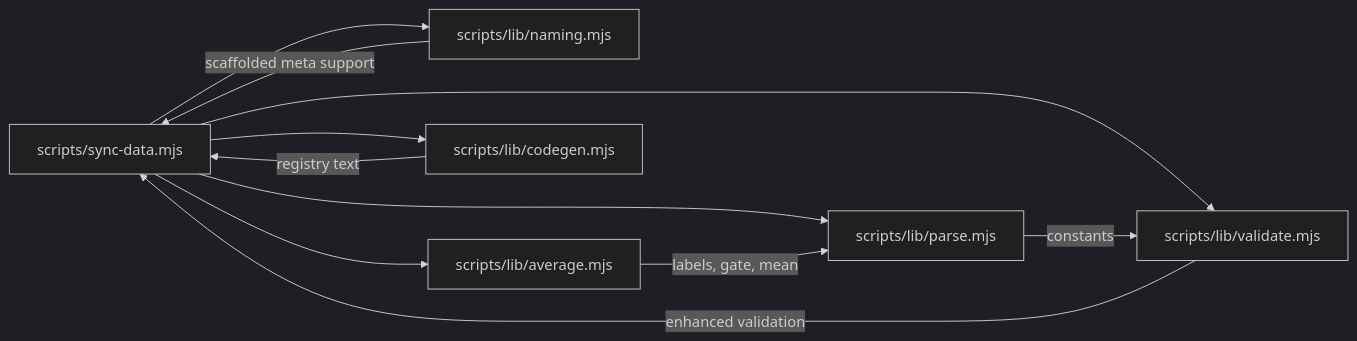
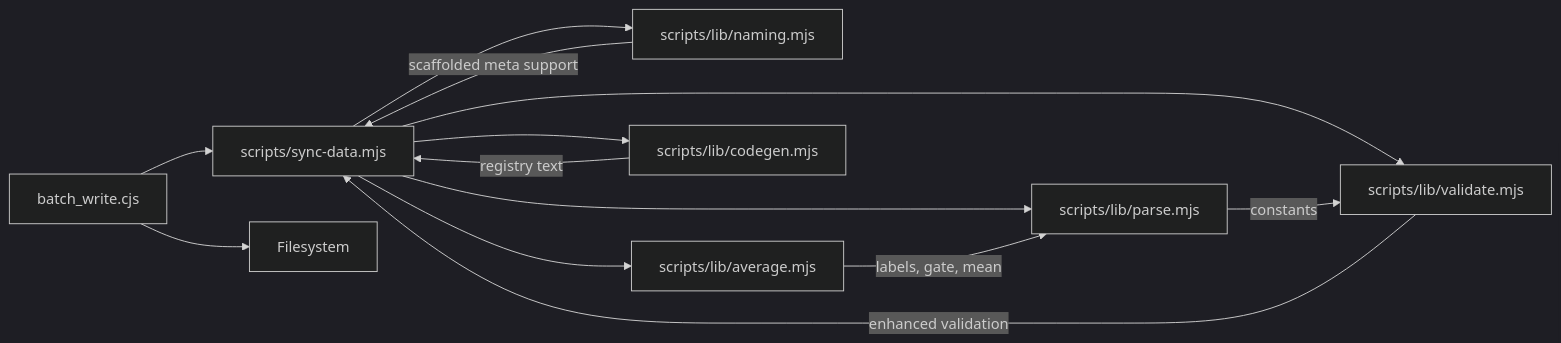
One commit to delirium-dj/modelcomp changed the eighth of 8 diagrams in .qoder/repowiki/en/content/Build & Development Pipeline/Build & Development Pipeline.md. Above: the diagram before and after it, drawn with Mermaid (dark theme). The commit also changed other lines of this file and 242 other files, not shown here.

````diff
--- a/.qoder/repowiki/en/content/Build & Development Pipeline/Build & Development Pipeline.md
+++ b/.qoder/repowiki/en/content/Build & Development Pipeline/Build & Development Pipeline.md
@@ -486,13 +605,15 @@
 ```mermaid
 graph LR
 SYNC["scripts/sync-data.mjs"] --> PARSE["scripts/lib/parse.mjs"]
 SYNC --> VALIDATE["scripts/lib/validate.mjs"]
 SYNC --> NAMING["scripts/lib/naming.mjs"]
 SYNC --> AVERAGE["scripts/lib/average.mjs"]
 SYNC --> CODEGEN["scripts/lib/codegen.mjs"]
+BATCH["batch_write.cjs"] --> FS["Filesystem"]
 PARSE --> |"constants"| VALIDATE
 AVERAGE --> |"labels, gate, mean"| PARSE
 CODEGEN --> |"registry text"| SYNC
 NAMING --> |"scaffolded meta support"| SYNC
 VALIDATE --> |"enhanced validation"| SYNC
+BATCH --> SYNC
 ```
````
